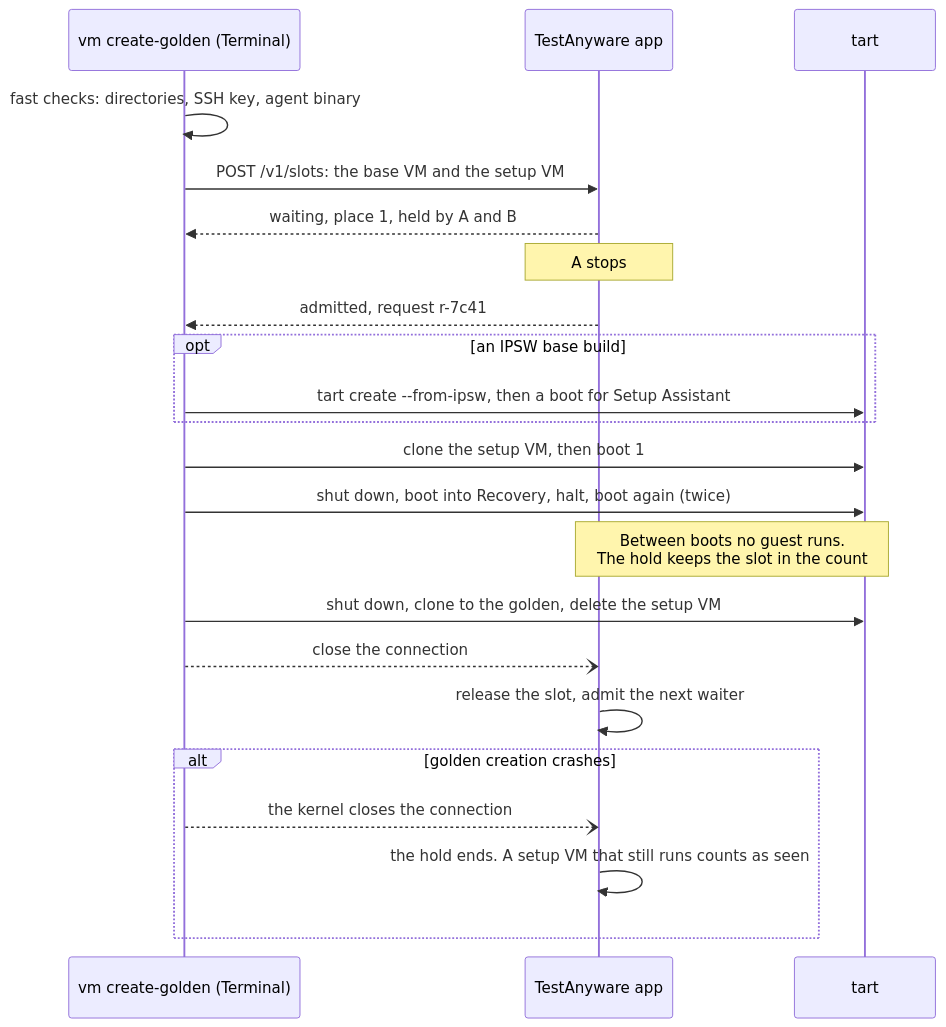
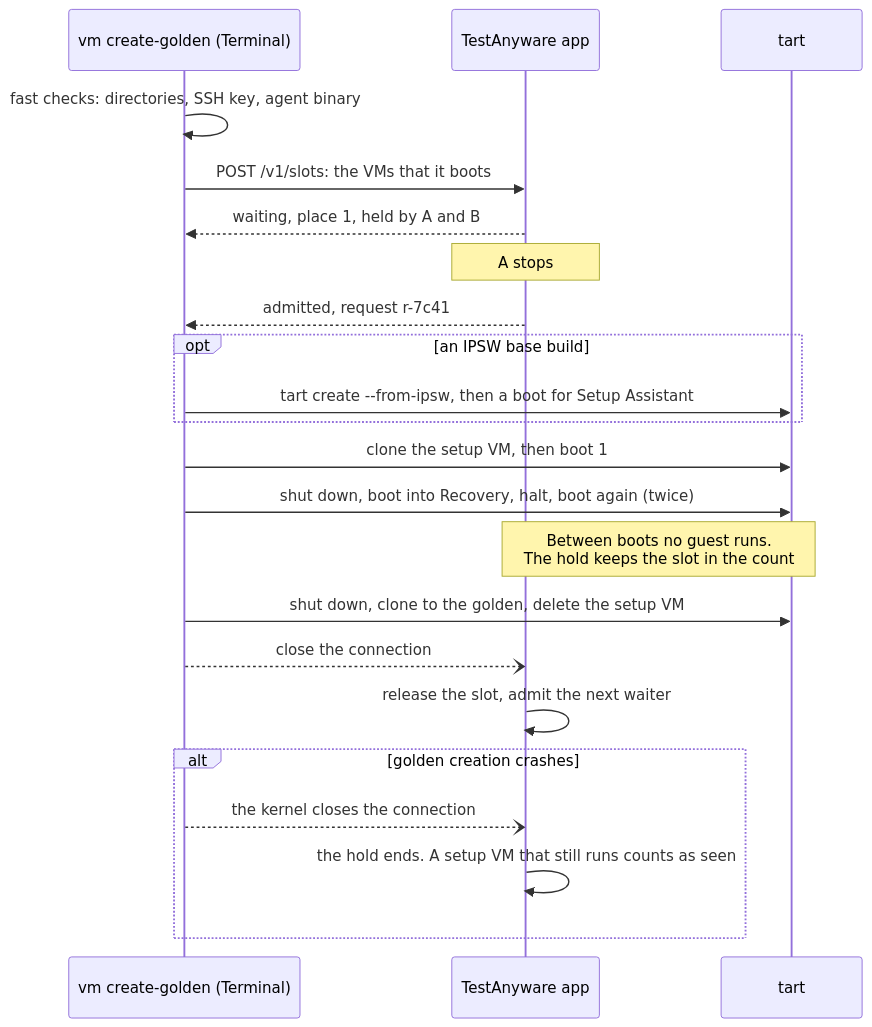
One commit to Linkuistics/TestAnyware changed the fifth of 7 diagrams in docs/specs/admission-queue.md. Above: the diagram before and after it, drawn with Mermaid. The commit also changed other lines of this file and 4 other files, not shown here.

````diff
--- a/docs/specs/admission-queue.md
+++ b/docs/specs/admission-queue.md
@@ -465,24 +483,24 @@
 ```mermaid
 sequenceDiagram
   participant G as vm create-golden (Terminal)
   participant P as TestAnyware app
   participant T as tart
   G->>G: fast checks: directories, SSH key, agent binary
-  G->>P: POST /v1/slots: the base VM and the setup VM
+  G->>P: POST /v1/slots: the VMs that it boots
   P-->>G: waiting, place 1, held by A and B
   Note over P: A stops
   P-->>G: admitted, request r-7c41
   opt an IPSW base build
     G->>T: tart create --from-ipsw, then a boot for Setup Assistant
   end
   G->>T: clone the setup VM, then boot 1
   G->>T: shut down, boot into Recovery, halt, boot again (twice)
   Note over P,T: Between boots no guest runs.<br/>The hold keeps the slot in the count
   G->>T: shut down, clone to the golden, delete the setup VM
   G--)P: close the connection
   P->>P: release the slot, admit the next waiter
   alt golden creation crashes
     G--)P: the kernel closes the connection
     P->>P: the hold ends. A setup VM that still runs counts as seen
   end
 ```
````
